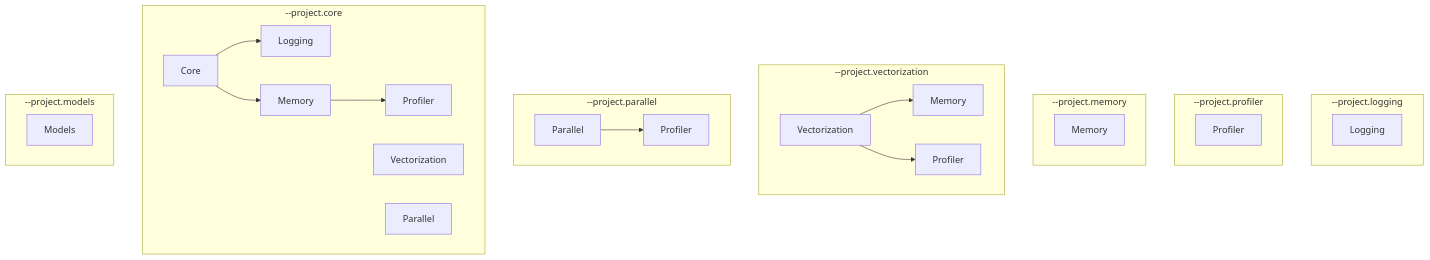
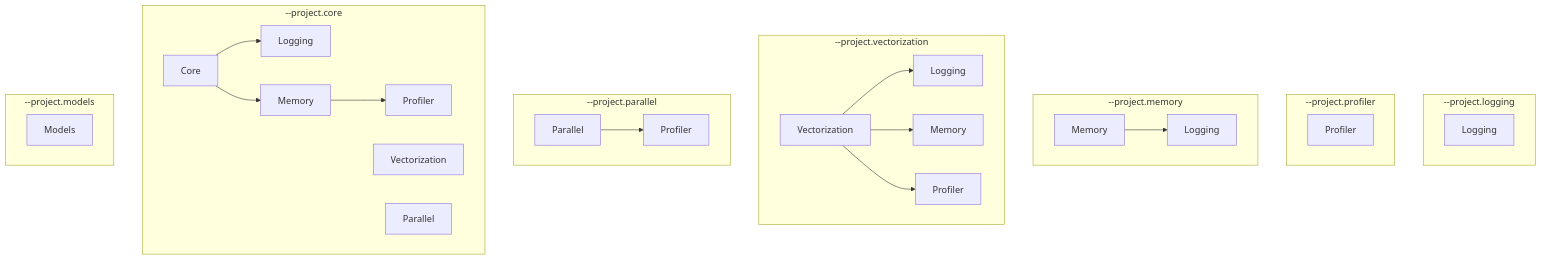
The fourth of 5 diagrams in Docs/PROJECT_DEPENDENCIES.md (KhwarizmiAnalytix/Hisab), drawn with Mermaid before and after one commit. The commit also changed other lines of this file and 518 other files, not shown here.

First line of the commit message:
Expand CI, complete the XSigma rename, and make Logging/Memory hard dependencies

````diff
--- a/Docs/PROJECT_DEPENDENCIES.md
+++ b/Docs/PROJECT_DEPENDENCIES.md
@@ -94,29 +96,30 @@
 ```mermaid
 flowchart TB
   subgraph logging["--project.logging"]
     L1[Logging]
   end
   subgraph profiler["--project.profiler"]
     P1[Profiler]
   end
   subgraph memory["--project.memory"]
-    M1[Memory]
+    M1[Memory] --> Lmem[Logging]
   end
   subgraph vectorization["--project.vectorization"]
-    V2[Vectorization] --> M2[Memory]
+    V2[Vectorization] --> L2[Logging]
+    V2 --> M2[Memory]
     V2 --> P2[Profiler]
   end
   subgraph parallel["--project.parallel"]
     Par2[Parallel] --> P3[Profiler]
   end
   subgraph core["--project.core"]
     C3[Core] --> L3[Logging]
     C3 --> M3[Memory]
     M3 --> P4[Profiler]
     V3[Vectorization]
     Par3[Parallel]
   end
   subgraph models["--project.models"]
     Mod1[Models]
   end
 ```
````
